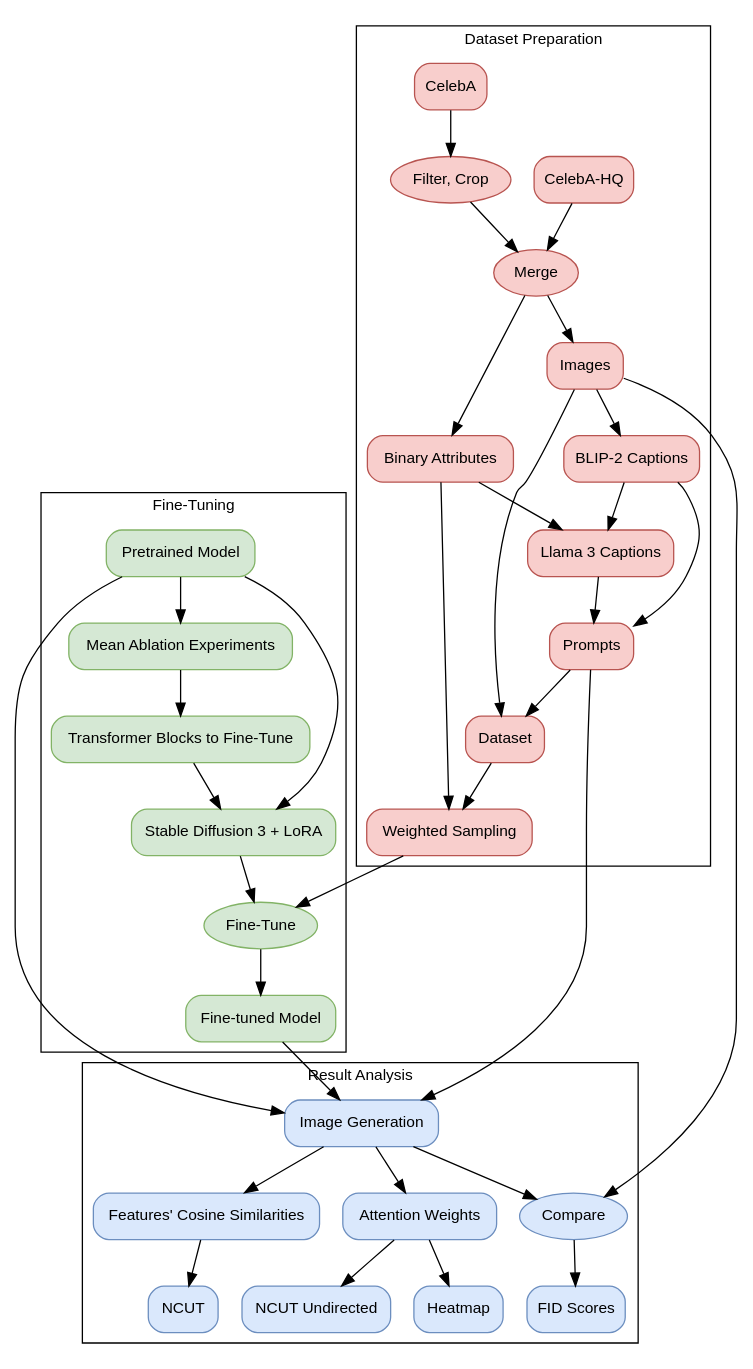
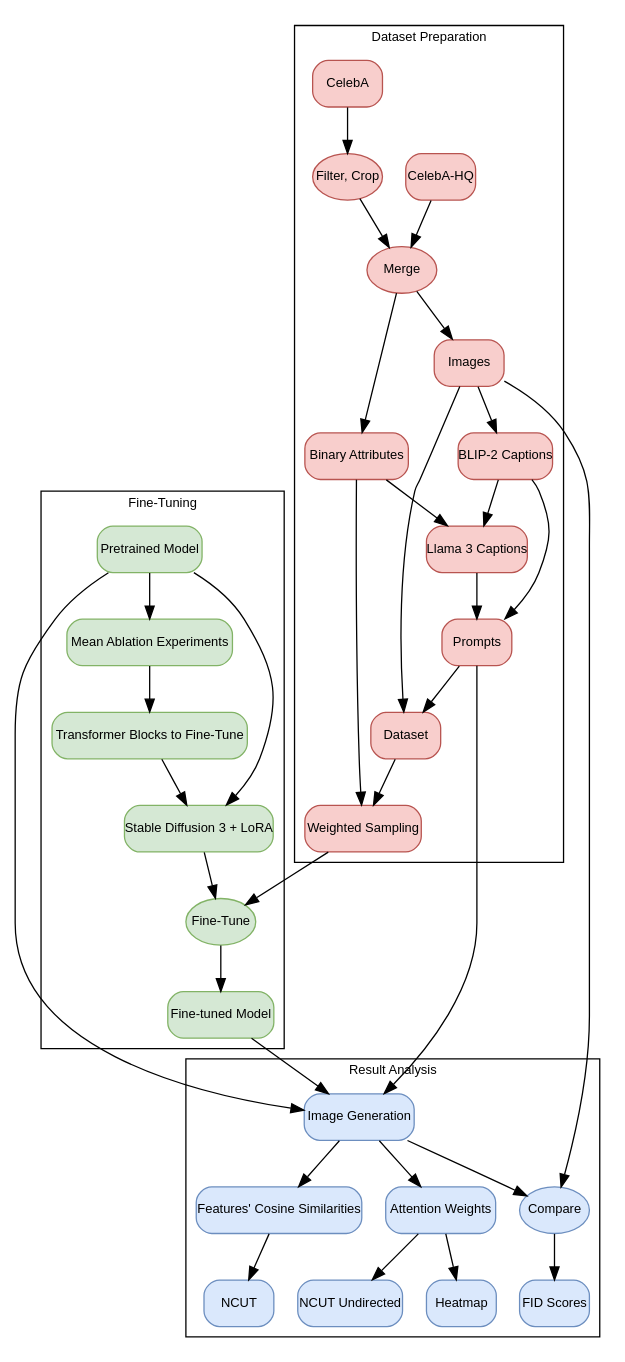
Before and after one commit to yunhao-qian/SD3-LoRA-CelebA: the diagram in media/project_workflow.dot, drawn with Graphviz. The commit also changed 4 other files, not shown here.

```diff
--- a/media/project_workflow.dot
+++ b/media/project_workflow.dot
@@ -1,83 +1,83 @@
 digraph G {
     fontname="Sans-Serif";
-    fontsize=12;
-    node [shape=box style="filled,rounded" fontname="Sans-Serif" fontsize=12];
+    fontsize=10;
+    node [shape=box style="filled,rounded" margin=0 fontname="Sans-Serif" fontsize=10];
 
     subgraph cluster_0 {
         label="Dataset Preparation";
         node [fillcolor="#F8CECC", color="#B85450"]
 
         CelebAHQ [label="CelebA-HQ"];
         CelebA [label="CelebA"];
         FilterCropCelebA [label="Filter, Crop", shape=ellipse]
         MergeCelebA [label="Merge" shape=ellipse];
         Images [label="Images"];
         BinaryAttributes [label="Binary Attributes"];
         BLIP2Captions [label="BLIP-2 Captions"];
         Llama3Captions [label="Llama 3 Captions"];
         Prompts [label="Prompts"];
         Dataset [label="Dataset"];
         WeightedSampling [label="Weighted Sampling"];
 
         CelebAHQ -> MergeCelebA;
         CelebA -> FilterCropCelebA;
         FilterCropCelebA -> MergeCelebA
         MergeCelebA -> Images;
         MergeCelebA -> BinaryAttributes;
         Images -> BLIP2Captions;
         BinaryAttributes -> Llama3Captions;
         BLIP2Captions -> Llama3Captions;
         BLIP2Captions -> Prompts;
         Llama3Captions -> Prompts;
         Images -> Dataset;
         Prompts -> Dataset;
         BinaryAttributes -> WeightedSampling;
         Dataset -> WeightedSampling;
     }
 
     subgraph cluster_1 {
         label="Fine-Tuning";
         node [fillcolor="#D5E8D4", color="#82B366"]
 
         PretrainedModel [label="Pretrained Model"];
         MeanAblationExperiments [label="Mean Ablation Experiments"];
         TransformerBlocksToFineTune [label="Transformer Blocks to Fine-Tune"];
         StableDiffusion3LoRA [label="Stable Diffusion 3 + LoRA"];
         FineTune [label="Fine-Tune" shape=ellipse];
         FineTunedModel [label="Fine-tuned Model"];
 
         PretrainedModel -> MeanAblationExperiments;
         MeanAblationExperiments -> TransformerBlocksToFineTune;
         PretrainedModel -> StableDiffusion3LoRA;
         TransformerBlocksToFineTune -> StableDiffusion3LoRA;
         WeightedSampling -> FineTune;
         StableDiffusion3LoRA -> FineTune;
         FineTune -> FineTunedModel;
     }
 
     subgraph cluster_2 {
         label="Result Analysis";
         node [fillcolor="#DAE8FC", color="#6C8EBF"]
 
         ImageGeneration [label="Image Generation"];
         CompareImages [label="Compare" shape=ellipse];
         FIDScores [label="FID Scores"];
         FeaturesCosineSimilarities [label="Features' Cosine Similarities"]
         FeaturesCosineSimilaritiesNCUT [label="NCUT"];
         AttentionWeights [label="Attention Weights"];
         AttentionWeightsHeatmap [label="Heatmap"];
         AttentionWeightsNCUTUndirected [label="NCUT Undirected"];
 
         PretrainedModel -> ImageGeneration;
         FineTunedModel -> ImageGeneration;
         Prompts -> ImageGeneration;
         Images -> CompareImages;
         ImageGeneration -> CompareImages;
         CompareImages -> FIDScores;
         ImageGeneration -> FeaturesCosineSimilarities;
         FeaturesCosineSimilarities -> FeaturesCosineSimilaritiesNCUT;
         ImageGeneration -> AttentionWeights;
         AttentionWeights -> AttentionWeightsHeatmap;
         AttentionWeights -> AttentionWeightsNCUTUndirected;
     }
 }
```
